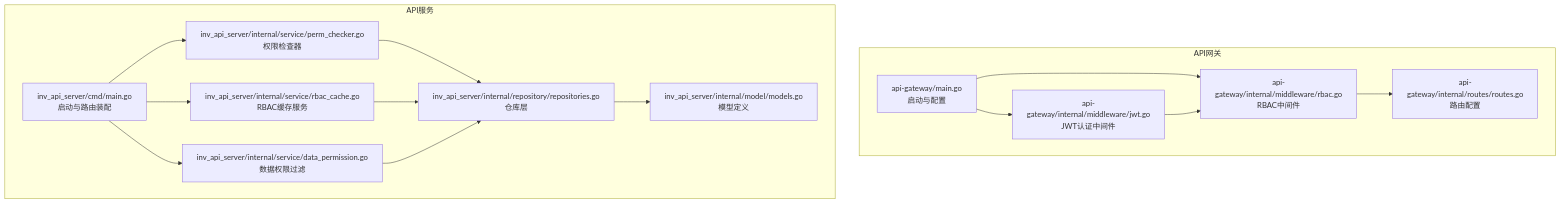
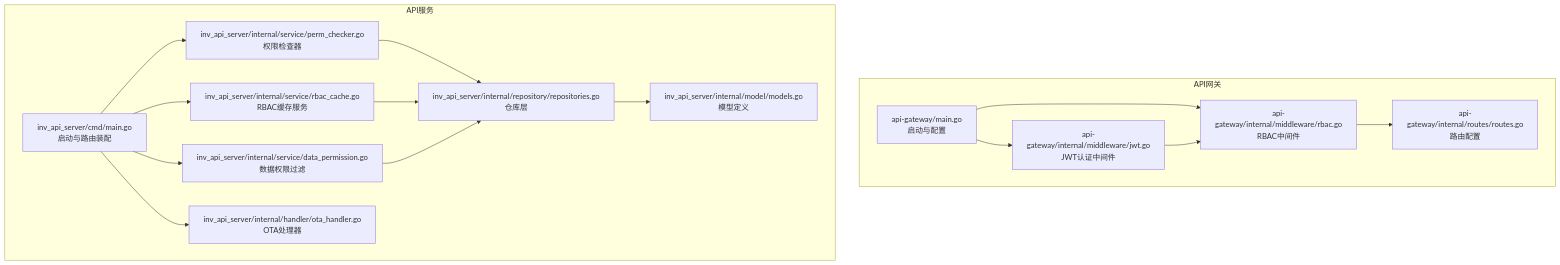
The first of 10 diagrams in .qoder/repowiki/zh/content/API网关服务/RBAC权限控制.md (mcmrzy/cs_inv_monitor-develop), drawn with Mermaid before and after one commit. The commit also changed other lines of this file and 28 other files, not shown here.

````diff
--- a/.qoder/repowiki/zh/content/API网关服务/RBAC权限控制.md
+++ b/.qoder/repowiki/zh/content/API网关服务/RBAC权限控制.md
@@ -55,28 +56,30 @@
 ```mermaid
 graph TB
 subgraph "API网关"
 GWMain["api-gateway/main.go<br/>启动与配置"]
 JWTMW["api-gateway/internal/middleware/jwt.go<br/>JWT认证中间件"]
 RBACMW["api-gateway/internal/middleware/rbac.go<br/>RBAC中间件"]
 Routes["api-gateway/internal/routes/routes.go<br/>路由配置"]
 end
 subgraph "API服务"
 APIMain["inv_api_server/cmd/main.go<br/>启动与路由装配"]
 PermChecker["inv_api_server/internal/service/perm_checker.go<br/>权限检查器"]
 RBACCache["inv_api_server/internal/service/rbac_cache.go<br/>RBAC缓存服务"]
 DataPerm["inv_api_server/internal/service/data_permission.go<br/>数据权限过滤"]
 Repo["inv_api_server/internal/repository/repositories.go<br/>仓库层"]
 Model["inv_api_server/internal/model/models.go<br/>模型定义"]
+OTAHandler["inv_api_server/internal/handler/ota_handler.go<br/>OTA处理器"]
 end
 GWMain --> JWTMW
 GWMain --> RBACMW
 JWTMW --> RBACMW
 RBACMW --> Routes
 APIMain --> PermChecker
 APIMain --> RBACCache
 APIMain --> DataPerm
+APIMain --> OTAHandler
 PermChecker --> Repo
 RBACCache --> Repo
 DataPerm --> Repo
 Repo --> Model
 ```
````
